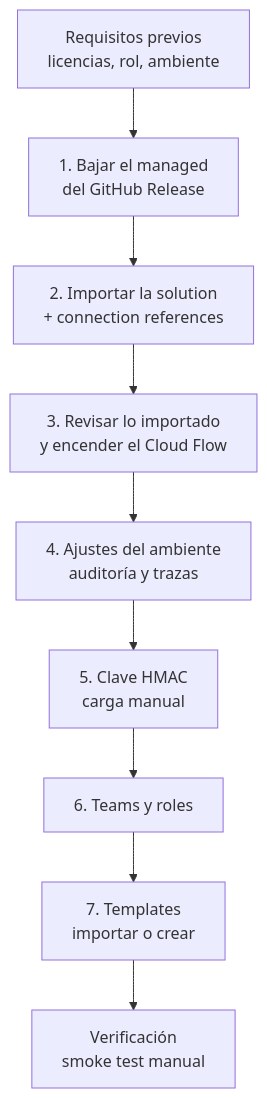
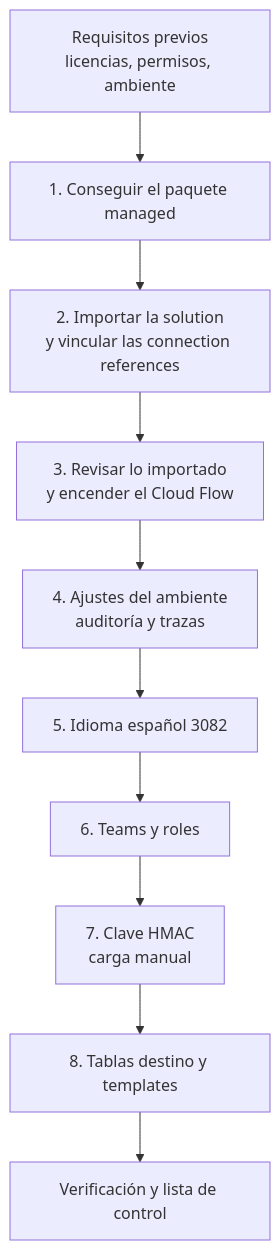
The diagram in docs/tecnica/09-instalacion-en-otro-tenant.md (breaking-bytes-dev/smelter), drawn with Mermaid before and after one commit. The commit also changed other lines of this file and 12 other files, not shown here.

````diff
--- a/docs/tecnica/09-instalacion-en-otro-tenant.md
+++ b/docs/tecnica/09-instalacion-en-otro-tenant.md
@@ -14,11 +16,12 @@
 ```mermaid
 flowchart TD
-    A["Requisitos previos<br/>licencias, rol, ambiente"] --> B["1. Bajar el managed<br/>del GitHub Release"]
-    B --> C["2. Importar la solution<br/>+ connection references"]
+    A["Requisitos previos<br/>licencias, permisos, ambiente"] --> B["1. Conseguir el paquete managed"]
+    B --> C["2. Importar la solution<br/>y vincular las connection references"]
     C --> D["3. Revisar lo importado<br/>y encender el Cloud Flow"]
     D --> E["4. Ajustes del ambiente<br/>auditoría y trazas"]
-    E --> F["5. Clave HMAC<br/>carga manual"]
+    E --> F["5. Idioma español 3082"]
     F --> G["6. Teams y roles"]
-    G --> H["7. Templates<br/>importar o crear"]
-    H --> I["Verificación<br/>smoke test manual"]
+    G --> H["7. Clave HMAC<br/>carga manual"]
+    H --> I["8. Tablas destino y templates"]
+    I --> J["Verificación y lista de control"]
 ```
````
